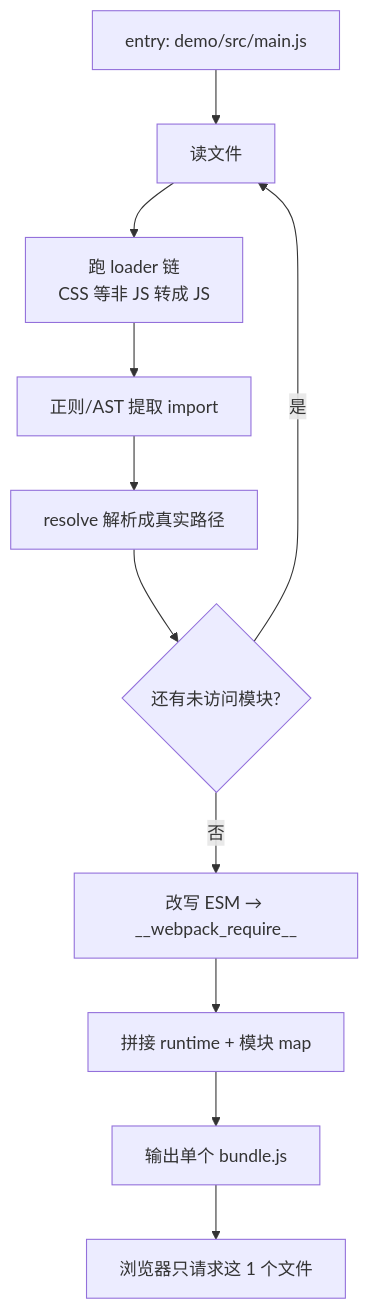
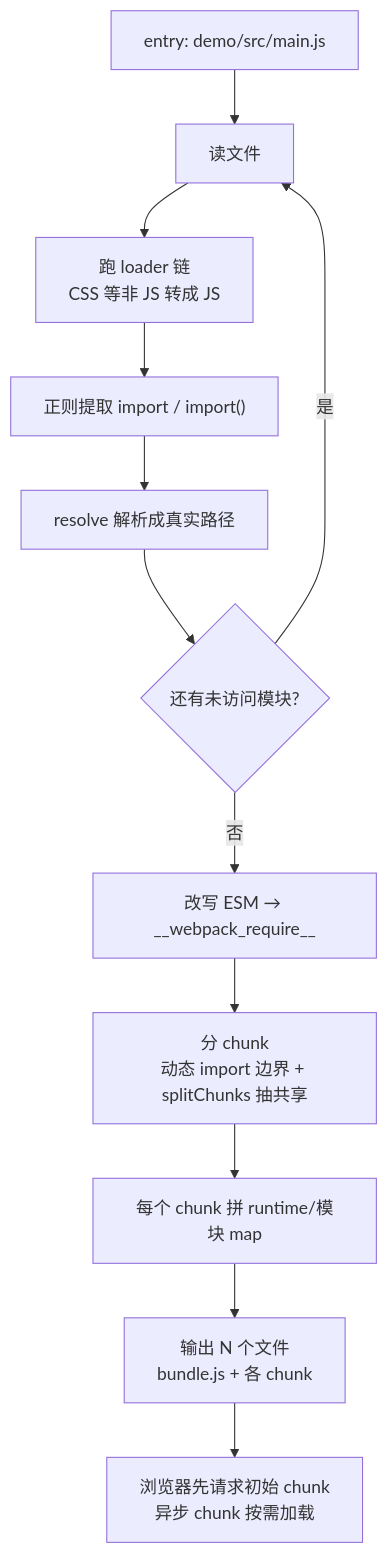
One commit to cyxofgithub/front-end-self-study changed the diagram in 工程化/webpack/mini-webpack/README.md. Above: the diagram before and after it, drawn with Mermaid. The commit also changed other lines of this file and 8 other files, not shown here.

````diff
--- a/工程化/webpack/mini-webpack/README.md
+++ b/工程化/webpack/mini-webpack/README.md
@@ -47,13 +50,14 @@
 ```mermaid
 flowchart TB
     A["entry: demo/src/main.js"] --> B["读文件"]
     B --> C["跑 loader 链<br/>CSS 等非 JS 转成 JS"]
-    C --> D["正则/AST 提取 import"]
+    C --> D["正则提取 import / import()"]
     D --> E["resolve 解析成真实路径"]
     E --> F{"还有未访问模块?"}
     F -- 是 --> B
     F -- 否 --> G["改写 ESM → __webpack_require__"]
-    G --> H["拼接 runtime + 模块 map"]
-    H --> I["输出单个 bundle.js"]
-    I --> J["浏览器只请求这 1 个文件"]
+    G --> H["分 chunk<br/>动态 import 边界 + splitChunks 抽共享"]
+    H --> I["每个 chunk 拼 runtime/模块 map"]
+    I --> J["输出 N 个文件<br/>bundle.js + 各 chunk"]
+    J --> K["浏览器先请求初始 chunk<br/>异步 chunk 按需加载"]
 ```
````
